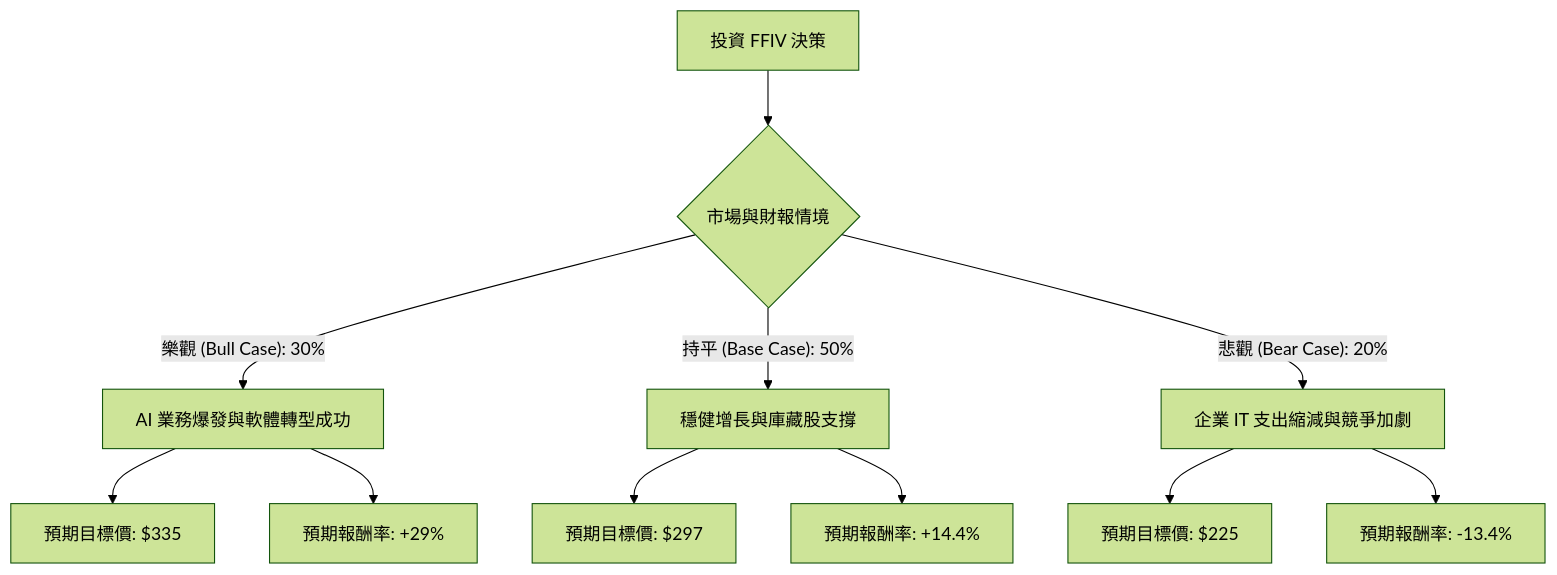
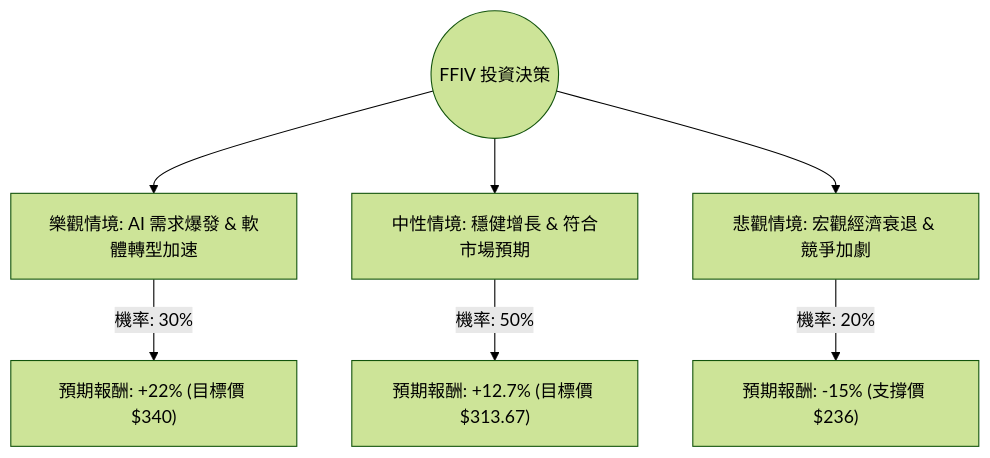
The diagram in plugin-react/ai-analysis/ev-analysis/FFIV.md (zmcx16/zmcx16.github.io), drawn with Mermaid (forest theme) before and after one commit. The commit also changed other lines of this file and 80 other files, not shown here.

````diff
--- a/plugin-react/ai-analysis/ev-analysis/FFIV.md
+++ b/plugin-react/ai-analysis/ev-analysis/FFIV.md
@@ -19,17 +19,10 @@
 ```mermaid
 graph TD
-    A[投資 FFIV 決策] --> B{市場與財報情境}
-    
-    B -- 樂觀 (Bull Case): 30% --> C[AI 業務爆發與軟體轉型成功]
-    B -- 持平 (Base Case): 50% --> D[穩健增長與庫藏股支撐]
-    B -- 悲觀 (Bear Case): 20% --> E[企業 IT 支出縮減與競爭加劇]
+    Start((FFIV 投資決策)) --> Bull[樂觀情境: AI 需求爆發 & 軟體轉型加速]
+    Start --> Base[中性情境: 穩健增長 & 符合市場預期]
+    Start --> Bear[悲觀情境: 宏觀經濟衰退 & 競爭加劇]
 
-    C --> C1[預期目標價: $335]
-    C --> C2[預期報酬率: +29%]
-    
-    D --> D1[預期目標價: $297]
-    D --> D2[預期報酬率: +14.4%]
-    
-    E --> E1[預期目標價: $225]
-    E --> E2[預期報酬率: -13.4%]
+    Bull -- "機率: 30%" --> BullResult["預期報酬: +22% (目標價 $340)"]
+    Base -- "機率: 50%" --> BaseResult["預期報酬: +12.7% (目標價 $313.67)"]
+    Bear -- "機率: 20%" --> BearResult["預期報酬: -15% (支撐價 $236)"]
 ```
````
